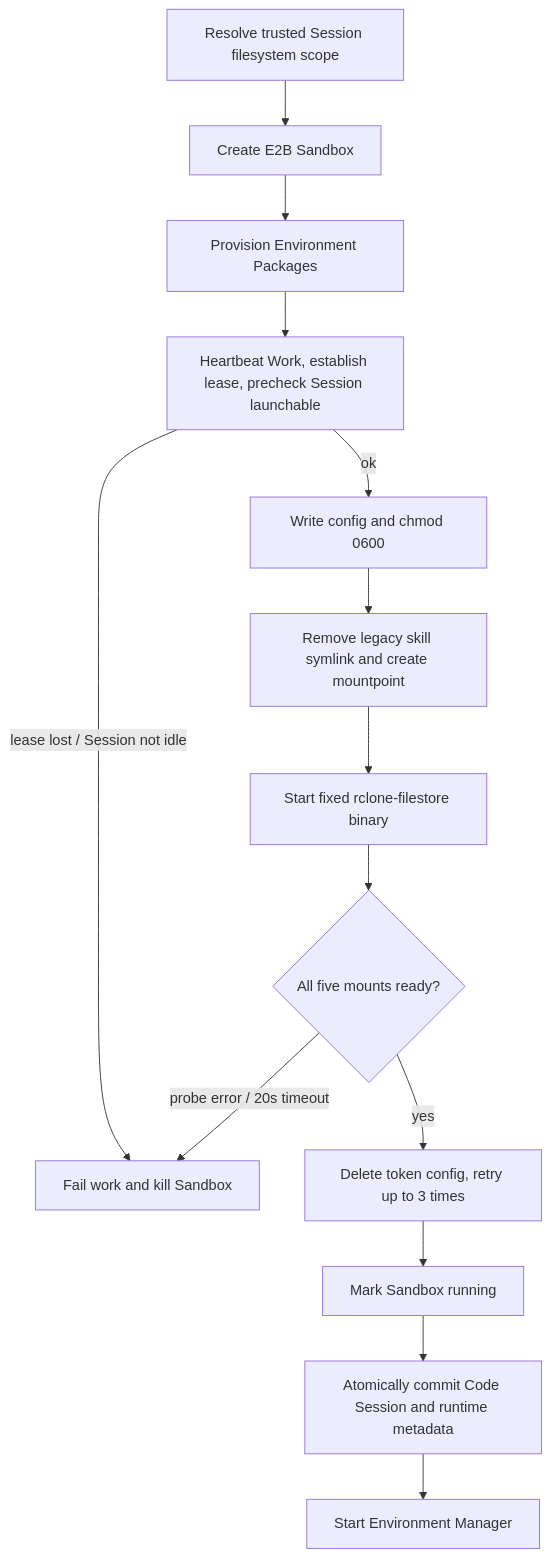
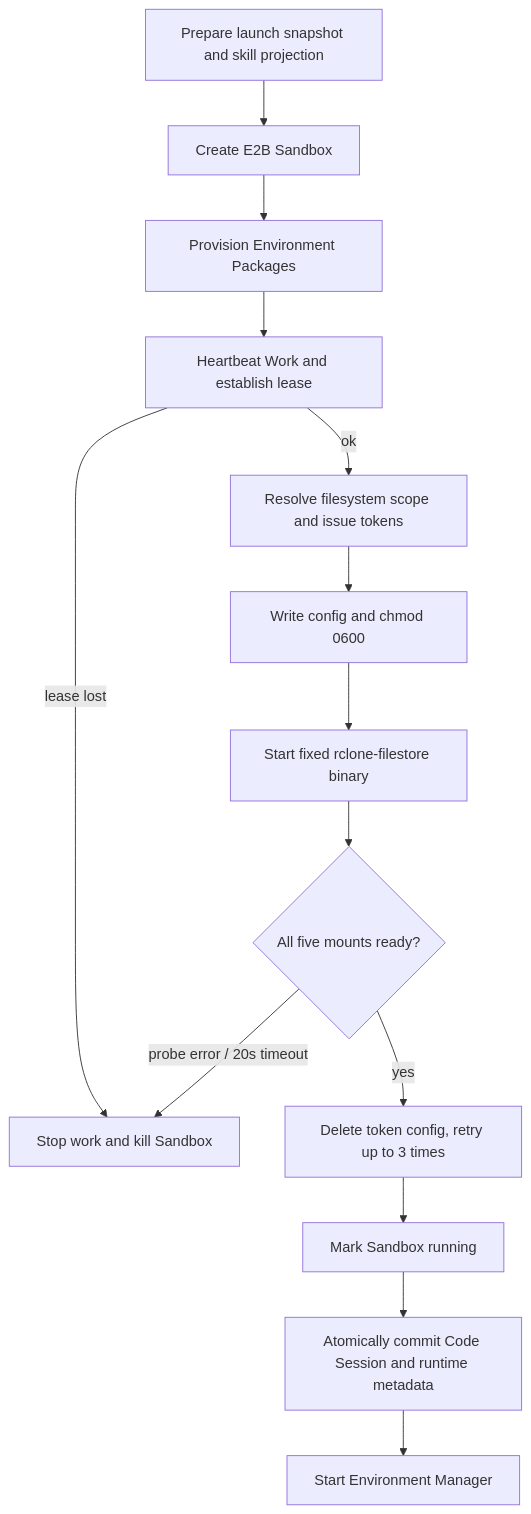
One commit to superduck-ai/open-managed-agents changed the diagram in docs/design/be/e2b-sandbox-image-contract.md. Above: the diagram before and after it, drawn with Mermaid. The commit also changed other lines of this file and 26 other files, not shown here.

````diff
--- a/docs/design/be/e2b-sandbox-image-contract.md
+++ b/docs/design/be/e2b-sandbox-image-contract.md
@@ -50,16 +50,16 @@
 ```mermaid
 flowchart TD
-    R["Resolve trusted Session filesystem scope"] --> A["Create E2B Sandbox"]
+    R["Prepare launch snapshot and skill projection"] --> A["Create E2B Sandbox"]
     A --> P["Provision Environment Packages"]
-    P --> HB["Heartbeat Work, establish lease, precheck Session launchable"]
-    HB -->|"lease lost / Session not idle"| F["Fail work and kill Sandbox"]
-    HB -->|"ok"| W["Write config and chmod 0600"]
-    W --> S["Remove legacy skill symlink and create mountpoint"]
-    S --> B["Start fixed rclone-filestore binary"]
+    P --> HB["Heartbeat Work and establish lease"]
+    HB -->|"lease lost"| F["Stop work and kill Sandbox"]
+    HB -->|"ok"| T["Resolve filesystem scope and issue tokens"]
+    T --> W["Write config and chmod 0600"]
+    W --> B["Start fixed rclone-filestore binary"]
     B --> C{"All five mounts ready?"}
     C -->|"probe error / 20s timeout"| F
     C -->|"yes"| D["Delete token config, retry up to 3 times"]
     D --> G["Mark Sandbox running"]
     G --> I["Atomically commit Code Session and runtime metadata"]
     I --> H["Start Environment Manager"]
 ```
````
